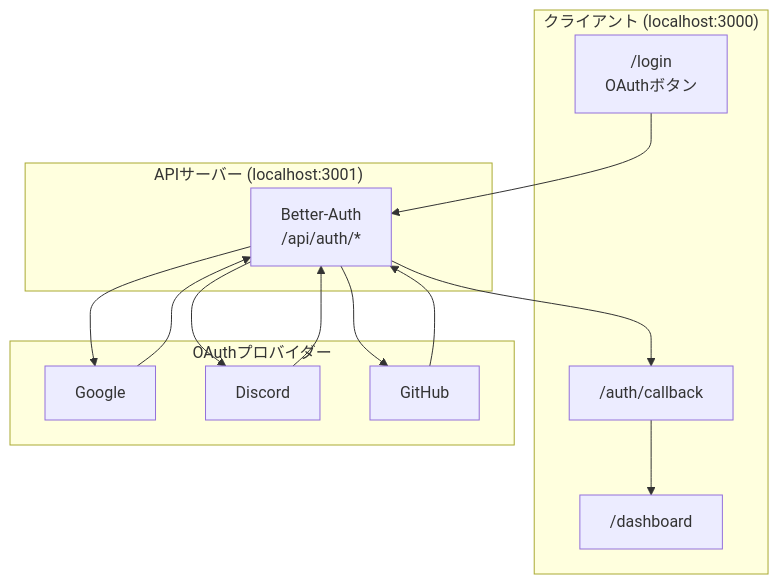
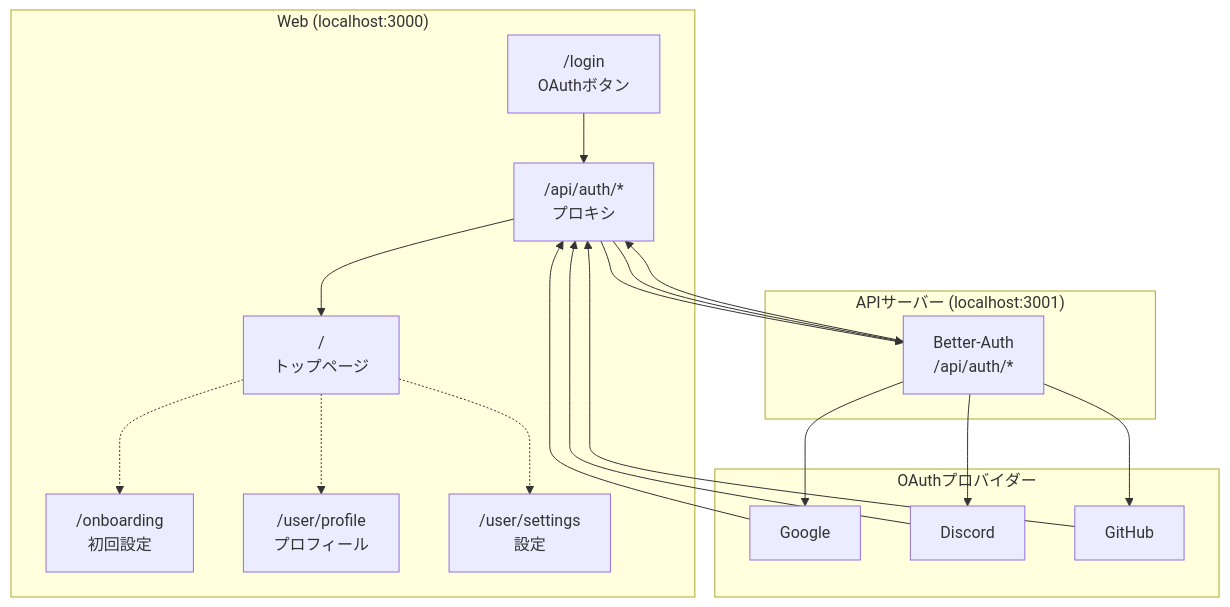
Before and after one commit to shiroemons/thac: the second of 2 diagrams in docs/specs/oauth-setup.md, drawn with Mermaid. The commit also changed other lines of this file, not shown here.

````diff
--- a/docs/specs/oauth-setup.md
+++ b/docs/specs/oauth-setup.md
@@ -33,28 +34,36 @@
 ```mermaid
 flowchart TB
-    subgraph Client["クライアント (localhost:3000)"]
+    subgraph Client["Web (localhost:3000)"]
         Login["/login<br>OAuthボタン"]
-        Callback["/auth/callback"]
-        Dashboard["/dashboard"]
+        Proxy["/api/auth/*<br>プロキシ"]
+        Home["/<br>トップページ"]
+        Onboarding["/onboarding<br>初回設定"]
+        UserProfile["/user/profile<br>プロフィール"]
+        UserSettings["/user/settings<br>設定"]
     end
 
     subgraph Server["APIサーバー (localhost:3001)"]
         Auth["Better-Auth<br>/api/auth/*"]
     end
 
     subgraph Providers["OAuthプロバイダー"]
         Google["Google"]
         Discord["Discord"]
         GitHub["GitHub"]
     end
 
-    Login --> Auth
+    Login --> Proxy
+    Proxy --> Auth
     Auth --> Google
     Auth --> Discord
     Auth --> GitHub
-    Google --> Auth
-    Discord --> Auth
-    GitHub --> Auth
-    Auth --> Callback
-    Callback --> Dashboard
+    Google --> Proxy
+    Discord --> Proxy
+    GitHub --> Proxy
+    Proxy --> Auth
+    Auth --> Proxy
+    Proxy --> Home
+    Home -.-> Onboarding
+    Home -.-> UserProfile
+    Home -.-> UserSettings
 ```
````
